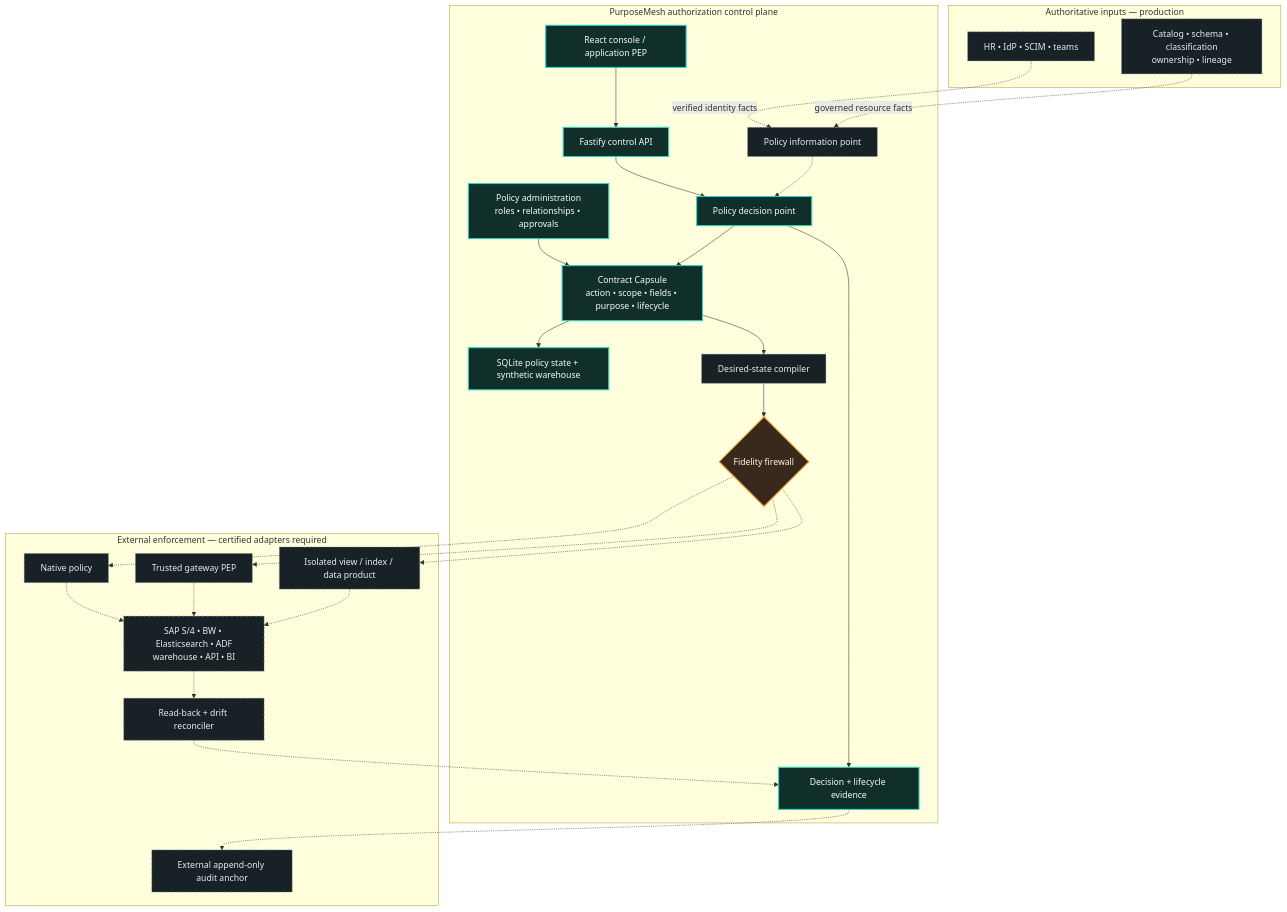
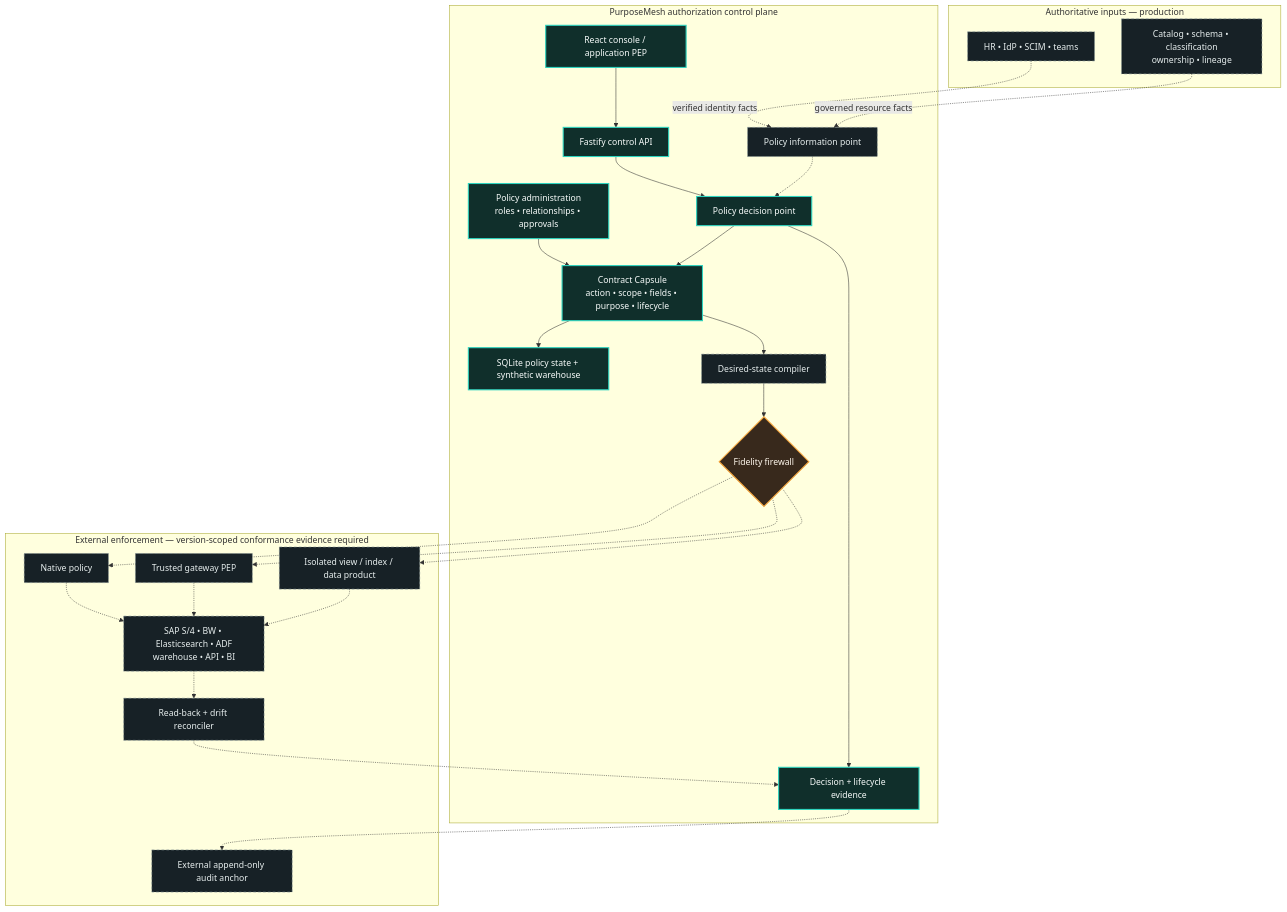
One commit to mkbhardwas12/purposemesh changed the first of 3 diagrams in docs/ARCHITECTURE.md. Above: the diagram before and after it, drawn with Mermaid. The commit also changed other lines of this file and 20 other files, not shown here.

````diff
--- a/docs/ARCHITECTURE.md
+++ b/docs/ARCHITECTURE.md
@@ -161,54 +161,54 @@
 ```mermaid
 flowchart TB
   subgraph inputs["Authoritative inputs — production"]
     ID["HR • IdP • SCIM • teams"]
     KNOWLEDGE["Catalog • schema • classification<br/>ownership • lineage"]
   end
 
   subgraph cca["PurposeMesh authorization control plane"]
     UI["React console / application PEP"]
     API["Fastify control API"]
     PIP["Policy information point"]
     ADMIN["Policy administration<br/>roles • relationships • approvals"]
     CAPSULE["Contract Capsule<br/>action • scope • fields • purpose • lifecycle"]
     PDP["Policy decision point"]
     STORE["SQLite policy state + synthetic warehouse"]
     COMPILER["Desired-state compiler"]
     GATE{"Fidelity firewall"}
     EVIDENCE["Decision + lifecycle evidence"]
   end
 
-  subgraph targets["External enforcement — certified adapters required"]
+  subgraph targets["External enforcement — version-scoped conformance evidence required"]
     NATIVE["Native policy"]
     GATEWAY["Trusted gateway PEP"]
     PROJECTION["Isolated view / index / data product"]
     SYSTEMS["SAP S/4 • BW • Elasticsearch • ADF<br/>warehouse • API • BI"]
     RECONCILE["Read-back + drift reconciler"]
     ANCHOR["External append-only audit anchor"]
   end
 
   UI --> API --> PDP
   PDP --> CAPSULE --> STORE
   PDP --> EVIDENCE
   ADMIN --> CAPSULE
 
   ID -. "verified identity facts" .-> PIP
   KNOWLEDGE -. "governed resource facts" .-> PIP
   PIP -.-> PDP
   CAPSULE --> COMPILER --> GATE
   GATE -.-> NATIVE
   GATE -.-> GATEWAY
   GATE -.-> PROJECTION
   NATIVE -.-> SYSTEMS
   GATEWAY -.-> SYSTEMS
   PROJECTION -.-> SYSTEMS
   SYSTEMS -.-> RECONCILE -.-> EVIDENCE
   EVIDENCE -.-> ANCHOR
 
   classDef current fill:#102f2b,stroke:#2dd4bf,color:#f7fbfa,stroke-width:2px;
   classDef future fill:#172126,stroke:#809196,color:#e7eeee,stroke-dasharray:5 4;
   classDef gate fill:#38291c,stroke:#f2a23a,color:#fff8ed,stroke-width:2px;
   class UI,API,ADMIN,CAPSULE,PDP,STORE,EVIDENCE current;
   class ID,KNOWLEDGE,PIP,COMPILER,NATIVE,GATEWAY,PROJECTION,SYSTEMS,RECONCILE,ANCHOR future;
   class GATE gate;
 ```
````
